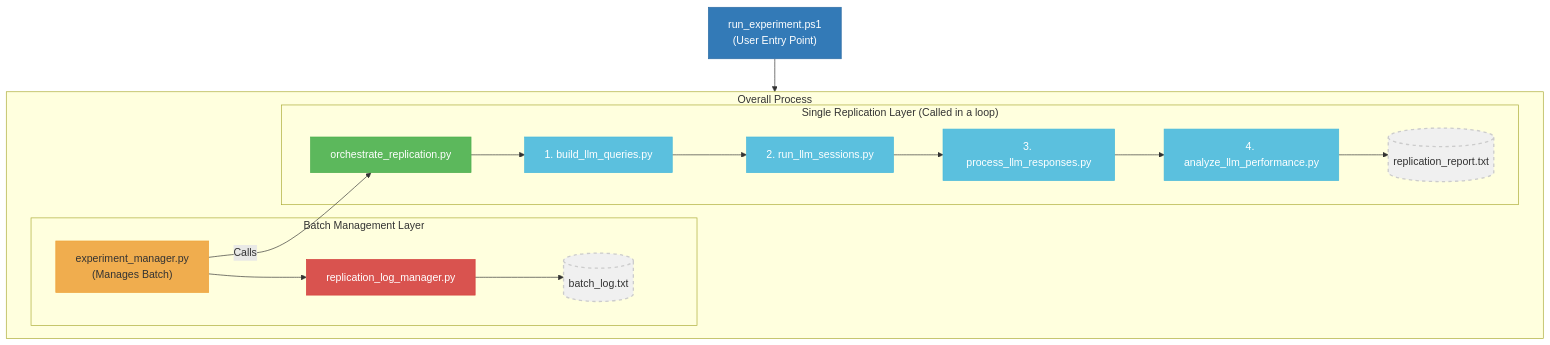
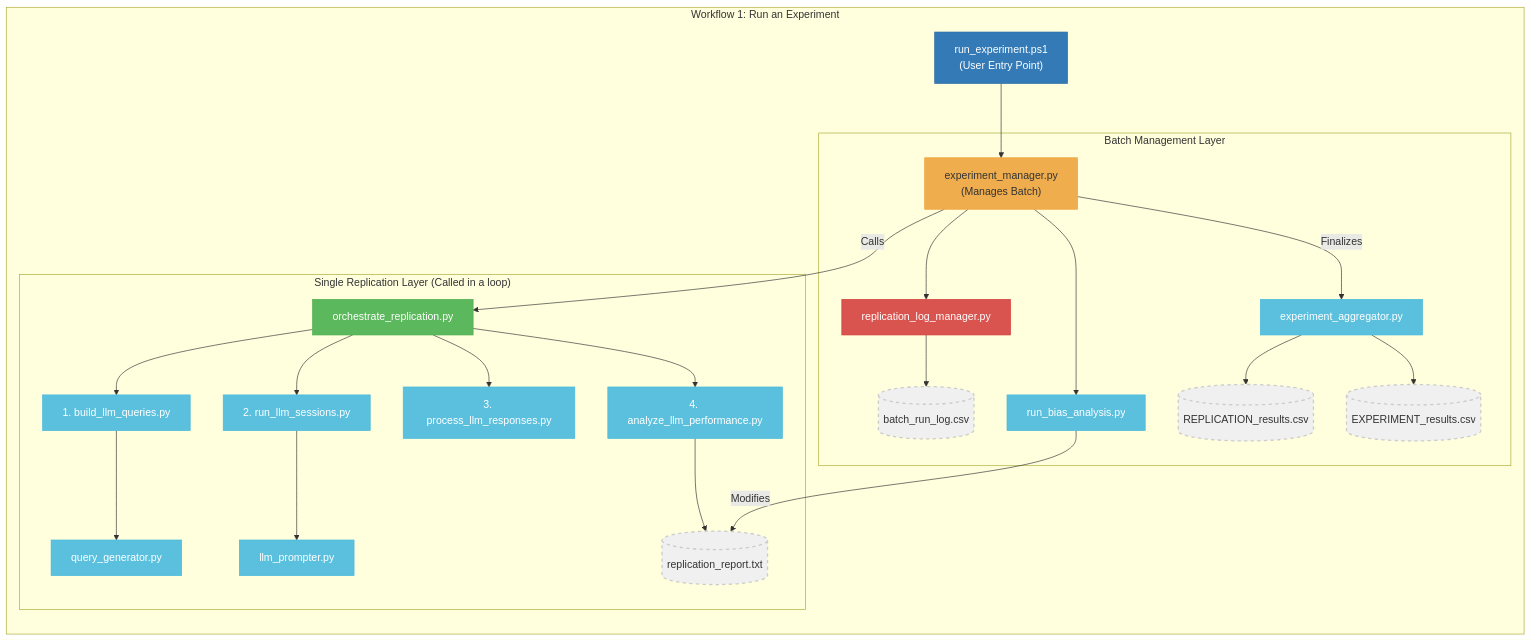
One commit to peterjmarko/llm-narrative-framework changed the diagram in docs/diagrams/architecture_workflow_1_run_experiment.mmd. Above: the diagram before and after it, drawn with Mermaid. The commit also changed 9 other files, not shown here.

Commit message:
Docs: Update workflow diagrams and descriptions for clarity and accuracy

```diff
--- a/docs/diagrams/architecture_workflow_1_run_experiment.mmd
+++ b/docs/diagrams/architecture_workflow_1_run_experiment.mmd
@@ -1,46 +1,73 @@
 graph TD
     %% 1. Define all nodes first
     EntryPoint["run_experiment.ps1<br/>(User Entry Point)"]:::entry
     BatchManager["experiment_manager.py<br/>(Manages Batch)"]:::layer_orange
     LogManager["replication_log_manager.py"]:::danger
-    BatchLog[("batch_log.txt")]:::artifact
+    BatchLog[("batch_run_log.csv")]:::artifact
+    BiasAnalysis["run_bias_analysis.py"]:::script
+    Aggregator["experiment_aggregator.py"]:::script
+    ReplResults[("REPLICATION_results.csv")]:::artifact
+    ExpResults[("EXPERIMENT_results.csv")]:::artifact
     
     ReplicationOrchestrator["orchestrate_replication.py"]:::layer_green
     BuildQueries["1. build_llm_queries.py"]:::script
+    QueryGenerator["query_generator.py"]:::script
     RunSessions["2. run_llm_sessions.py"]:::script
+    LLMPrompter["llm_prompter.py"]:::script
     ProcessResponses["3. process_llm_responses.py"]:::script
     AnalyzePerformance["4. analyze_llm_performance.py"]:::script
     ReplicationReport[("replication_report.txt")]:::artifact
 
     %% 2. Define connections
     EntryPoint --> BatchManager
     BatchManager -- "Calls" --> ReplicationOrchestrator
-    BatchManager --> LogManager --> BatchLog
-    ReplicationOrchestrator --> BuildQueries --> RunSessions --> ProcessResponses --> AnalyzePerformance --> ReplicationReport
+    BatchManager --> LogManager
+    LogManager --> BatchLog
+    BatchManager --> BiasAnalysis
+    BatchManager -- "Finalizes" --> Aggregator
+    Aggregator --> ReplResults
+    Aggregator --> ExpResults
+
+    ReplicationOrchestrator --> BuildQueries
+    ReplicationOrchestrator --> RunSessions
+    ReplicationOrchestrator --> ProcessResponses
+    ReplicationOrchestrator --> AnalyzePerformance
+
+    BuildQueries --> QueryGenerator
+    RunSessions --> LLMPrompter
+    AnalyzePerformance --> ReplicationReport
+    BiasAnalysis -- "Modifies" --> ReplicationReport
 
     %% 3. Group nodes into subgraphs using their IDs
-    subgraph "Overall Process"
-        direction LR
+    subgraph "Workflow 1: Run an Experiment"
+        direction TB
+        EntryPoint
         subgraph "Batch Management Layer"
             BatchManager
             LogManager
             BatchLog
+            BiasAnalysis
+            Aggregator
+            ReplResults
+            ExpResults
         end
         
         subgraph "Single Replication Layer (Called in a loop)"
             ReplicationOrchestrator
             BuildQueries
+            QueryGenerator
             RunSessions
+            LLMPrompter
             ProcessResponses
             AnalyzePerformance
             ReplicationReport
         end
     end
 
     %% 4. Styling
     classDef entry fill:#337ab7,stroke:#2e6da4,color:#fff;
     classDef layer_orange fill:#f0ad4e,stroke:#eea236,color:#333;
     classDef layer_green fill:#5cb85c,stroke:#4cae4c,color:#fff;
     classDef script fill:#5bc0de,stroke:#46b8da,color:#fff;
     classDef danger fill:#d9534f,stroke:#d43f3a,color:#fff;
     classDef artifact fill:#f0f0f0,stroke:#ccc,stroke-width:2px,stroke-dasharray: 5 5;
```
